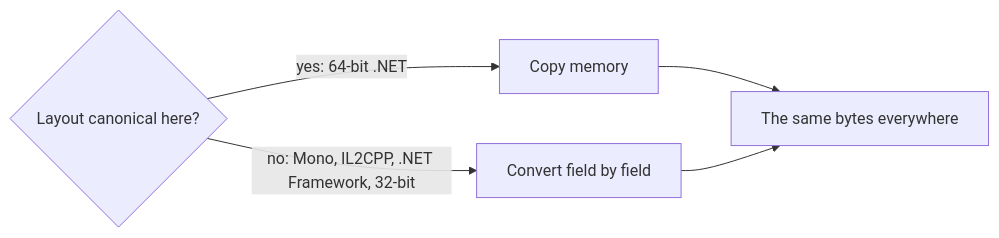
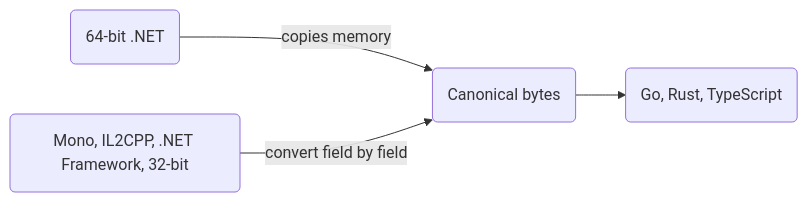
The diagram in content/docs/v4/struct-layouts.mdx (JasonXuDeveloper/Nino.Docs), drawn with Mermaid before and after one commit. The commit also changed 14 other files, not shown here.

First line of the commit message:
docs(v4): compact diagrams, decision trees as tables, a 420px cap

````diff
--- a/content/docs/v4/struct-layouts.mdx
+++ b/content/docs/v4/struct-layouts.mdx
@@ -14,7 +14,6 @@
 ```mermaid
 flowchart LR
-  Q{Layout canonical here?} -- "yes: 64-bit .NET" --> C[Copy memory]
-  Q -- "no: Mono, IL2CPP, .NET Framework, 32-bit" --> V[Convert field by field]
-  C --> B[The same bytes everywhere]
-  V --> B
+  A(64-bit .NET) -->|copies memory| B(Canonical bytes)
+  C(Mono, IL2CPP, .NET Framework, 32-bit) -->|convert field by field| B
+  B --> D(Go, Rust, TypeScript)
 ```
````
